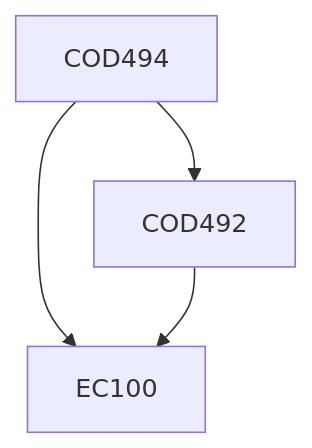
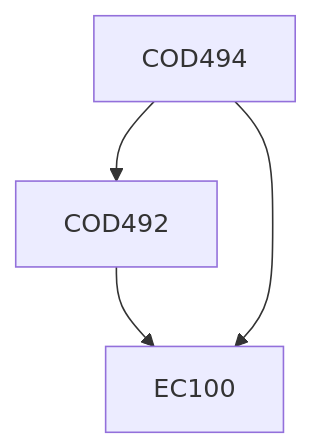
Before and after one commit to KeshavBansal0122/CoS_Website: the diagram in content/Computer Science and Engineering/COD494.md, drawn with Mermaid. The commit also changed other lines of this file and 392 other files, not shown here.

````diff
--- a/content/Computer Science and Engineering/COD494.md
+++ b/content/Computer Science and Engineering/COD494.md
@@ -13,10 +13,10 @@
 ```mermaid
 flowchart TD
 COD494-173[COD494]
+COD494-173 --> COD492-173[COD492]
+COD492-173 --> EC100-173[EC100]
 COD494-173 --> EC100-173[EC100]
-COD492-173 --> EC100-173[EC100]
-COD494-173 --> COD492-173[COD492]
 
 classDef empty height:17px, fill:transparent, stroke:transparent;
 classDef trueEmpty height:0px, width:0px;
 ```
````
